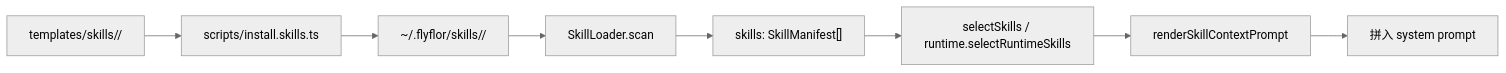
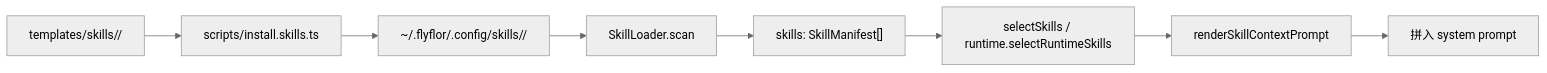
One commit to flyflor/flyflor changed the first of 2 diagrams in docs/skill.system.md. Above: the diagram before and after it, drawn with Mermaid (neutral theme). The commit also changed other lines of this file and 54 other files, not shown here.

````diff
--- a/docs/skill.system.md
+++ b/docs/skill.system.md
@@ -33,10 +33,10 @@
 ```mermaid
 flowchart LR
     Builtin["templates/skills/<id>/"] --> Install["scripts/install.skills.ts"]
-    Install --> Userdir["~/.flyflor/skills/<id>/"]
+    Install --> Userdir["~/.flyflor/.config/skills/<id>/"]
     Userdir --> Loader["SkillLoader.scan"]
     Loader --> Memo["skills: SkillManifest[]"]
     Memo --> Select["selectSkills / runtime.selectRuntimeSkills"]
     Select --> Prompt["renderSkillContextPrompt"]
     Prompt --> Model["拼入 system prompt"]
 ```
````
